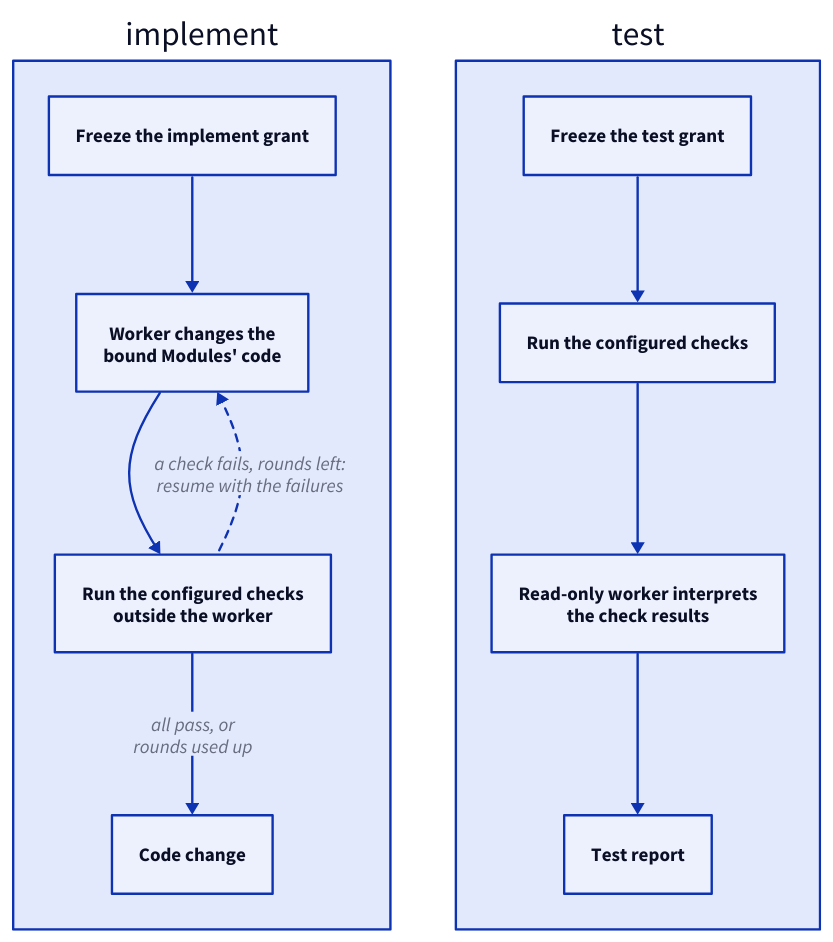
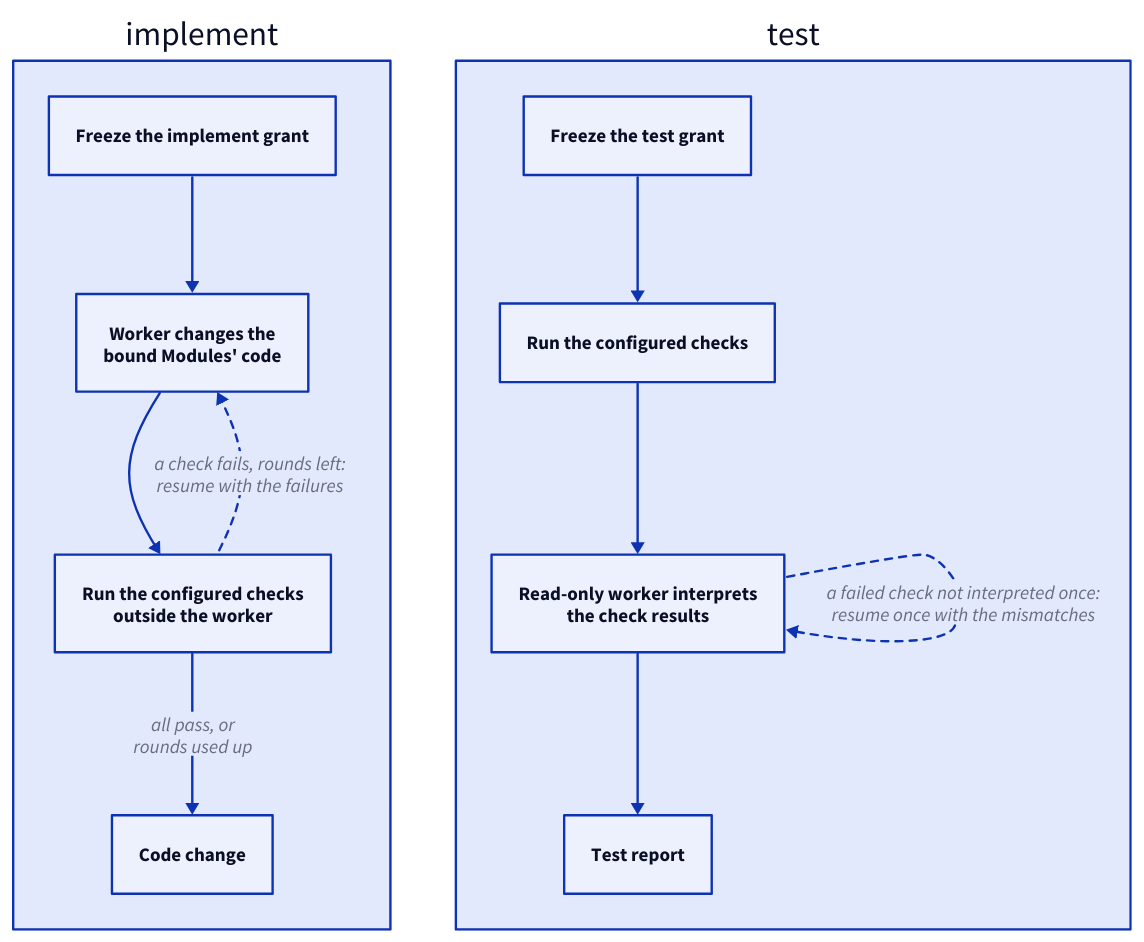
One commit to FTOD/concorde changed the first of 2 diagrams in specs/concorde/method/implementation/module.md. Above: the diagram before and after it, drawn with D2. The commit also changed other lines of this file and 21 other files, not shown here.

````diff
--- a/specs/concorde/method/implementation/module.md
+++ b/specs/concorde/method/implementation/module.md
@@ -72,20 +72,21 @@
 ```d2 illustrative
 implement: implement {
   direction: down
   grant: "Freeze the implement grant"
   worker: "Worker changes the\nbound Modules' code"
   checks: "Run the configured checks\noutside the worker"
   output: "Code change"
   grant -> worker -> checks
   worker <- checks: "a check fails, rounds left:\nresume with the failures" {style.stroke-dash: 3}
   checks -> output: "all pass, or\nrounds used up"
 }
 test: test {
   direction: down
   grant: "Freeze the test grant"
   checks: "Run the configured checks"
   worker: "Read-only worker interprets\nthe check results"
   output: "Test report"
   grant -> checks -> worker -> output
+  worker -> worker: "a failed check not interpreted once:\nresume once with the mismatches" {style.stroke-dash: 3}
 }
 ```
````
